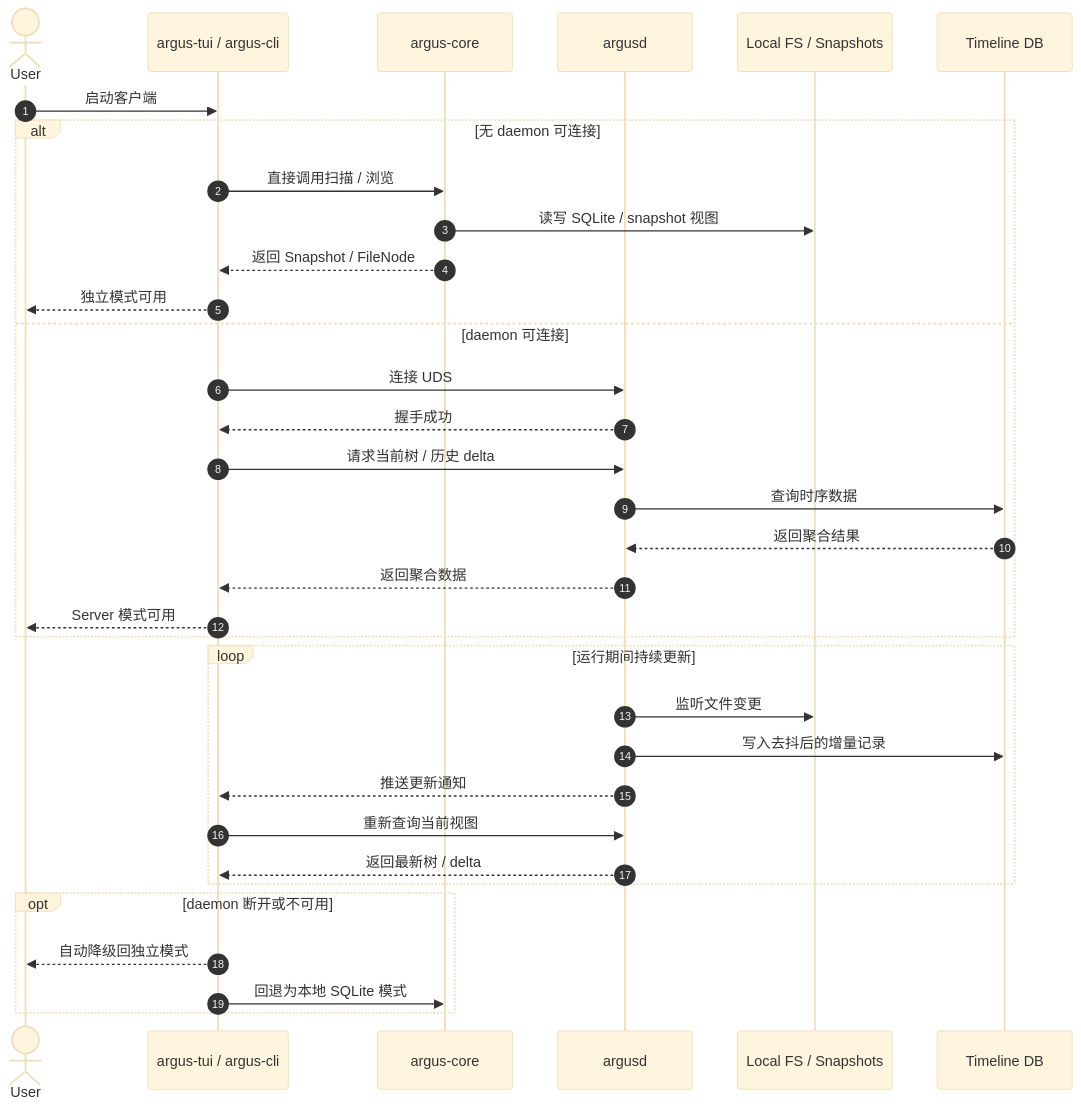
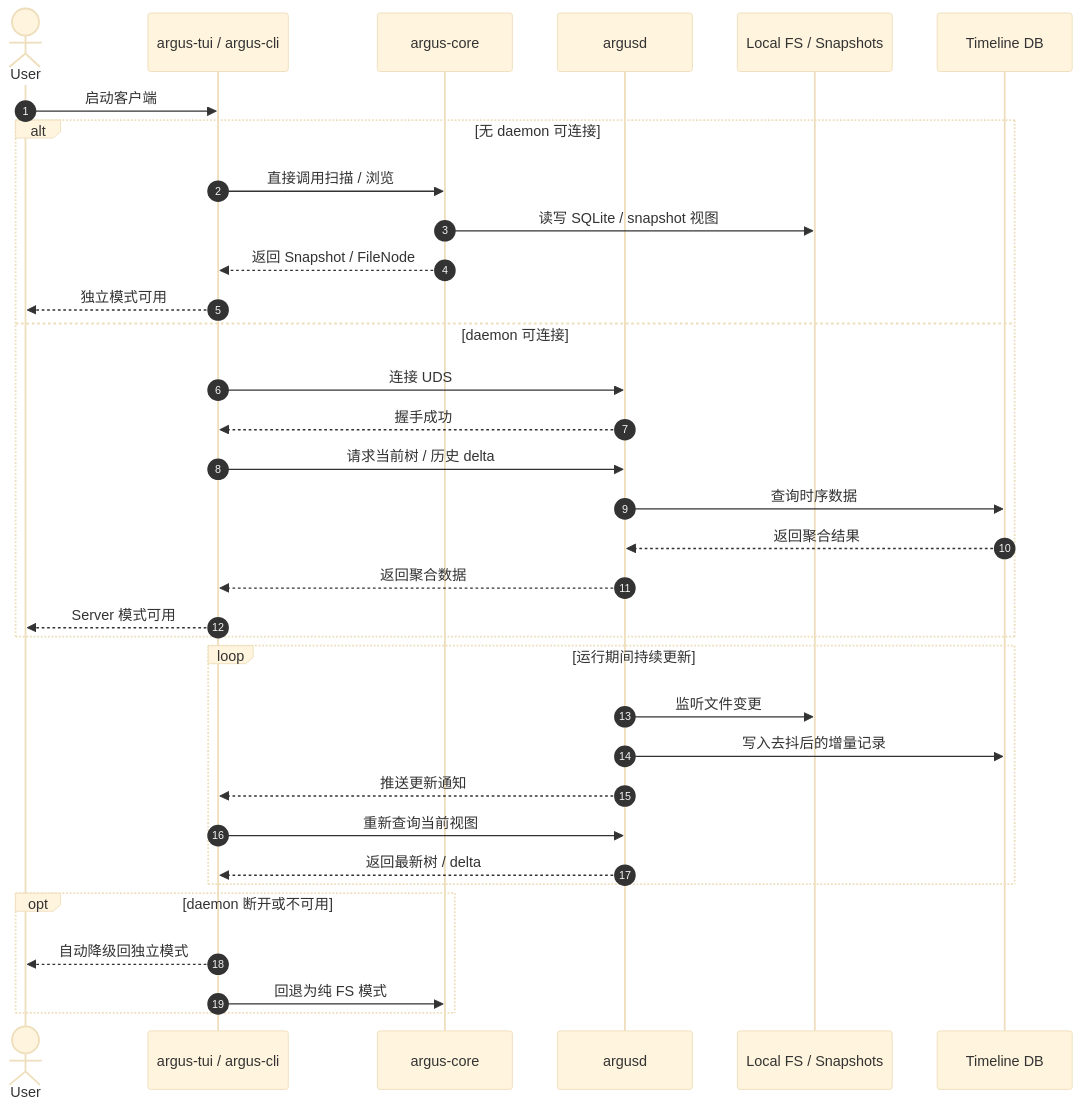
The diagram in docs/requirements/02-architecture.md (beyondlex/argus), drawn with Mermaid (base theme) before and after one commit. The commit also changed other lines of this file and 13 other files, not shown here.

````diff
--- a/docs/requirements/02-architecture.md
+++ b/docs/requirements/02-architecture.md
@@ -98,40 +98,40 @@
 ```mermaid
 sequenceDiagram
     autonumber
     actor User
     participant Client as argus-tui / argus-cli
     participant Core as argus-core
     participant Daemon as argusd
     participant FS as Local FS / Snapshots
     participant DB as Timeline DB
 
     User->>Client: 启动客户端
 
     alt 无 daemon 可连接
         Client->>Core: 直接调用扫描 / 浏览
         Core->>FS: 读写 SQLite / snapshot 视图
         Core-->>Client: 返回 Snapshot / FileNode
         Client-->>User: 独立模式可用
     else daemon 可连接
         Client->>Daemon: 连接 UDS
         Daemon-->>Client: 握手成功
         Client->>Daemon: 请求当前树 / 历史 delta
         Daemon->>DB: 查询时序数据
         DB-->>Daemon: 返回聚合结果
         Daemon-->>Client: 返回聚合数据
         Client-->>User: Server 模式可用
     end
 
     loop 运行期间持续更新
         Daemon->>FS: 监听文件变更
         Daemon->>DB: 写入去抖后的增量记录
         Daemon-->>Client: 推送更新通知
         Client->>Daemon: 重新查询当前视图
         Daemon-->>Client: 返回最新树 / delta
     end
 
     opt daemon 断开或不可用
         Client-->>User: 自动降级回独立模式
-        Client->>Core: 回退为本地 SQLite 模式
+        Client->>Core: 回退为纯 FS 模式
     end
 ```
````
